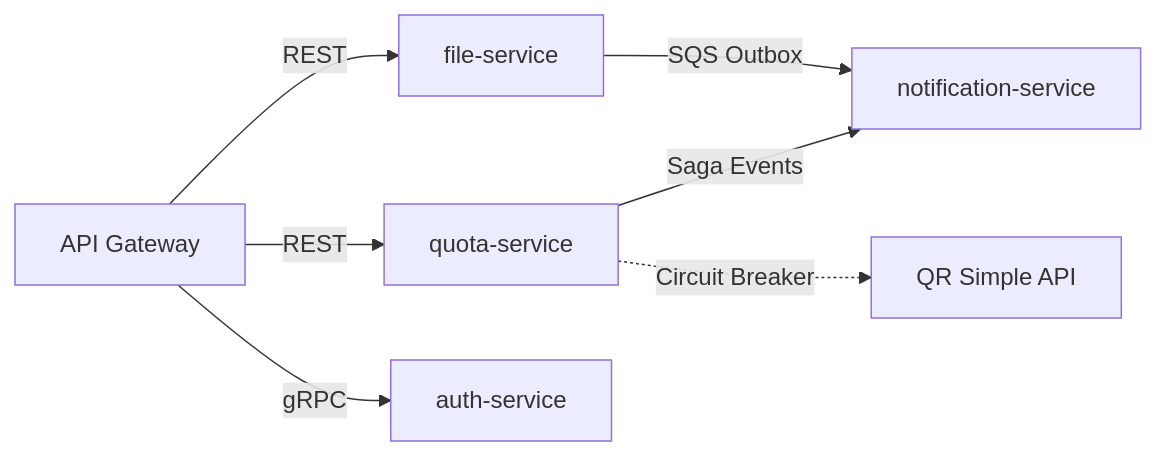
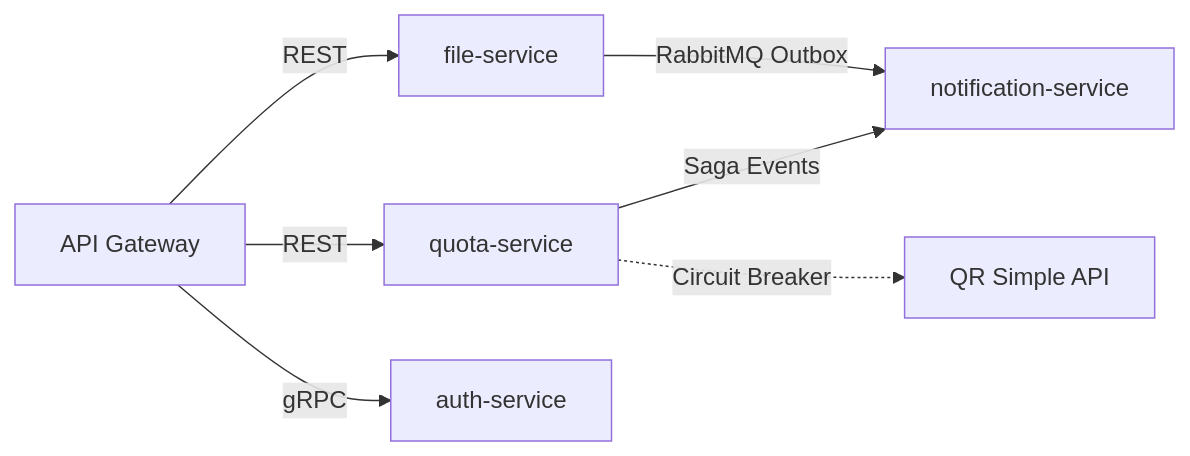
Before and after one commit to cgomez-mpsia/simoncloud-m3: the sixth of 9 diagrams in docs/DTI.md, drawn with Mermaid. The commit also changed other lines of this file and 5 other files, not shown here.

````diff
--- a/docs/DTI.md
+++ b/docs/DTI.md
@@ -314,9 +314,9 @@
 ```mermaid
 graph LR
     GW[API Gateway] -->|REST| FS[file-service]
     GW -->|REST| QS[quota-service]
     GW -->|gRPC| AS[auth-service]
-    FS -->|SQS Outbox| NS[notification-service]
+    FS -->|RabbitMQ Outbox| NS[notification-service]
     QS -->|Saga Events| NS
     QS -.->|Circuit Breaker| QRSIMPLE[QR Simple API]
 ```
````
